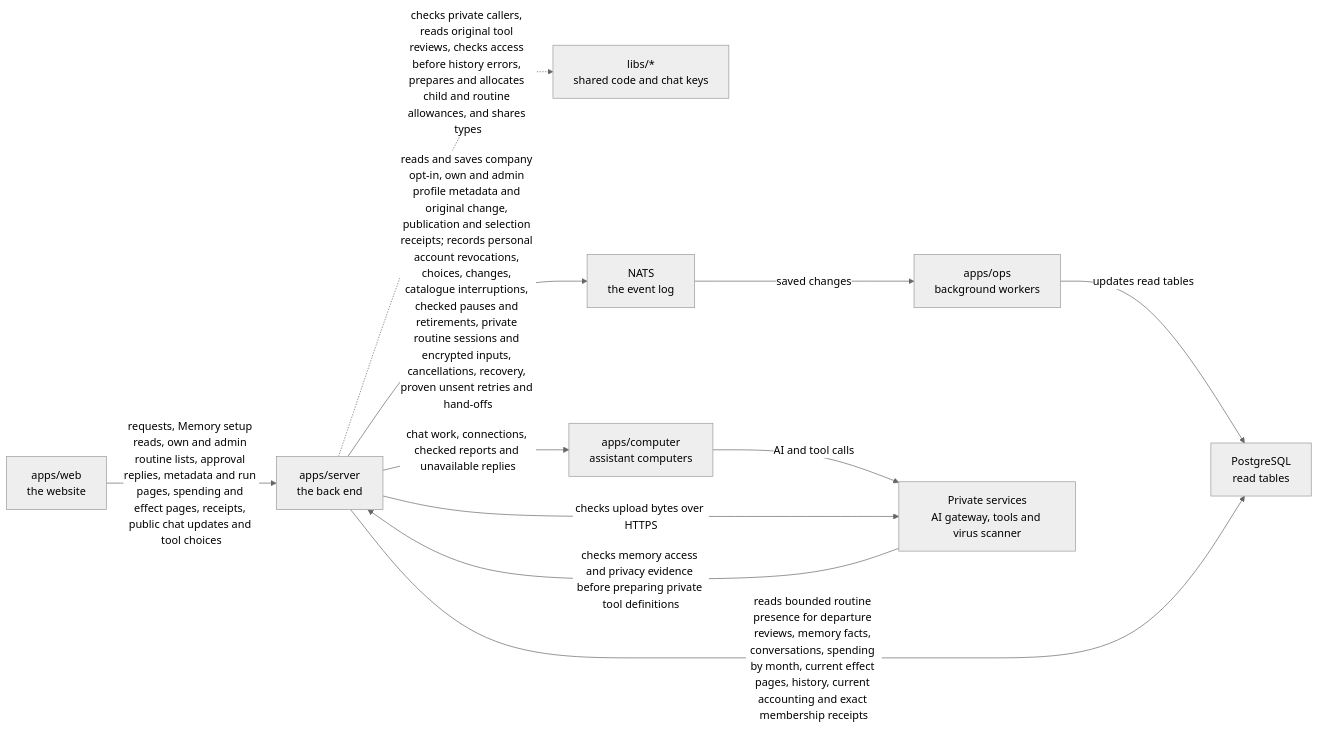
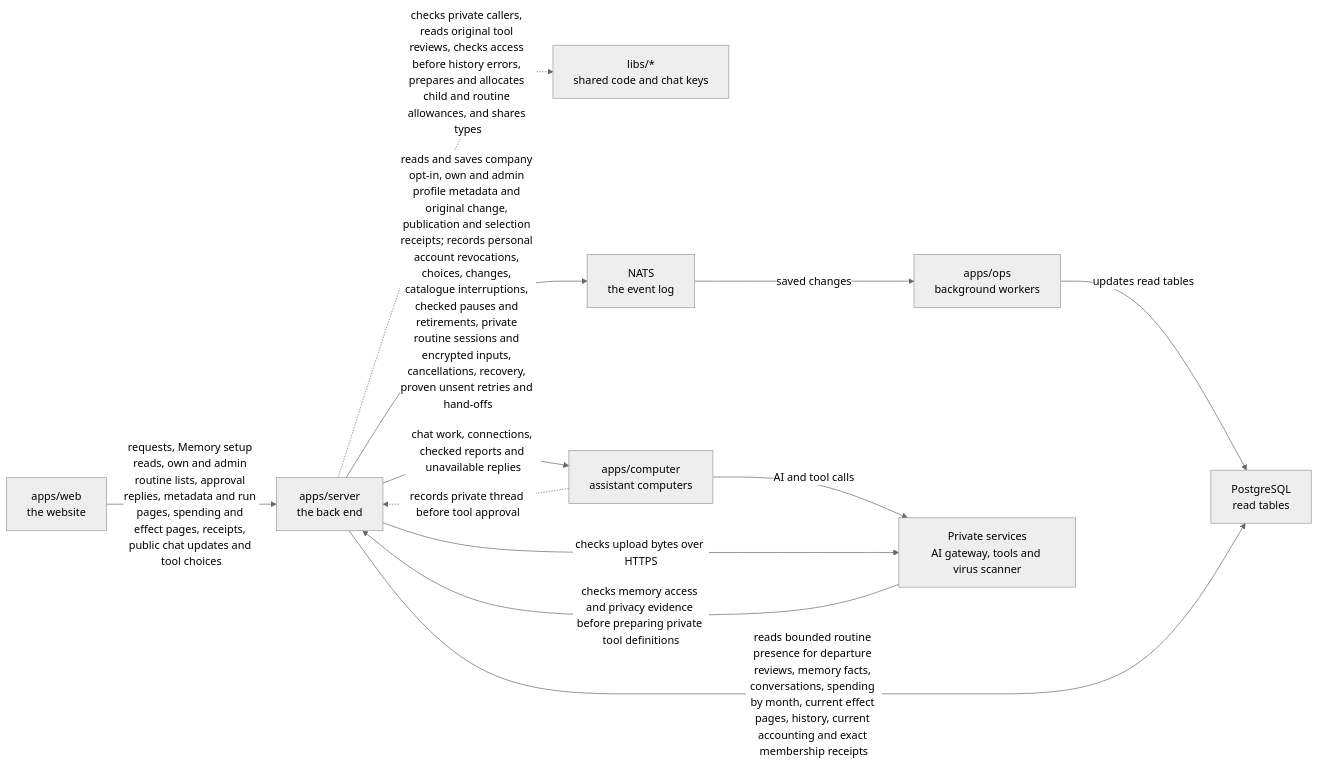
One commit to elewa-git/opencrane-new changed the diagram in apps/server/README.md. Above: the diagram before and after it, drawn with Mermaid (neutral theme). The commit also changed other lines of this file and 19 other files, not shown here.

````diff
--- a/apps/server/README.md
+++ b/apps/server/README.md
@@ -92,13 +92,14 @@
 ```mermaid
 flowchart LR
   web["apps/web<br/>the website"] -->|requests, Memory setup reads, own and admin routine lists, approval replies, metadata and run pages, spending and effect pages, receipts, public chat updates and tool choices| server["apps/server<br/>the back end"]
   server -.->|checks private callers, reads original tool reviews, checks access before history errors, prepares and allocates child and routine allowances, and shares types| libs["libs/*<br/>shared code and chat keys"]
   server -->|reads and saves company opt-in, own and admin profile metadata and original change, publication and selection receipts; records personal account revocations, choices, changes, catalogue interruptions, checked pauses and retirements, private routine sessions and encrypted inputs, cancellations, recovery, proven unsent retries and hand-offs| nats["NATS<br/>the event log"]
   nats -->|saved changes| ops["apps/ops<br/>background workers"]
   ops -->|updates read tables| postgres["PostgreSQL<br/>read tables"]
   server -->|reads bounded routine presence for departure reviews, memory facts, conversations, spending by month, current effect pages, history, current accounting and exact membership receipts| postgres
   server -->|chat work, connections, checked reports and unavailable replies| computer["apps/computer<br/>assistant computers"]
+  computer -.->|records private thread before tool approval| server
   computer -->|AI and tool calls| runtime["Private services<br/>AI gateway, tools and virus scanner"]
   server -->|checks upload bytes over HTTPS| runtime
   runtime -->|checks memory access and privacy evidence before preparing private tool definitions| server
 ```
````
